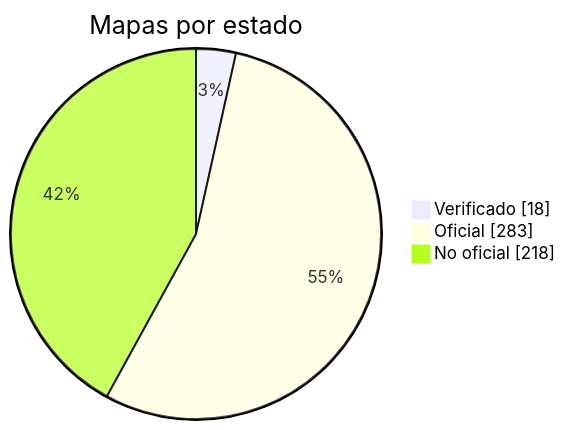
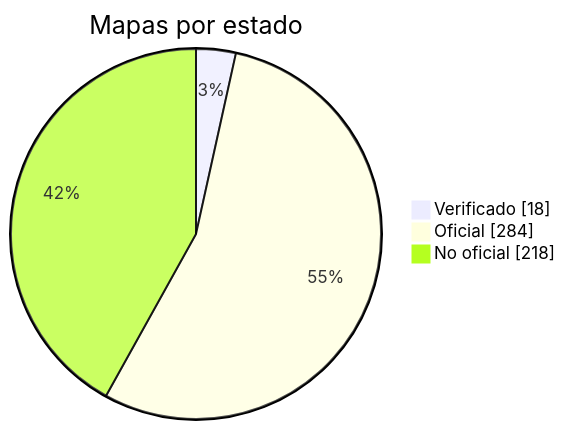
Before and after one commit to nobrega8/mbmap-library: the diagram in docs/readme/README_ES.md, drawn with Mermaid. The commit also changed other lines of this file and 5 other files, not shown here.

````diff
--- a/docs/readme/README_ES.md
+++ b/docs/readme/README_ES.md
@@ -54,7 +54,7 @@
 ```mermaid
 pie showData
     title Mapas por estado
     "Verificado" : 18
-    "Oficial" : 283
+    "Oficial" : 284
     "No oficial" : 218
 ```
````
